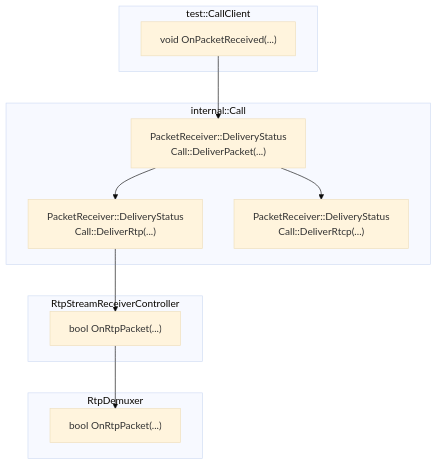
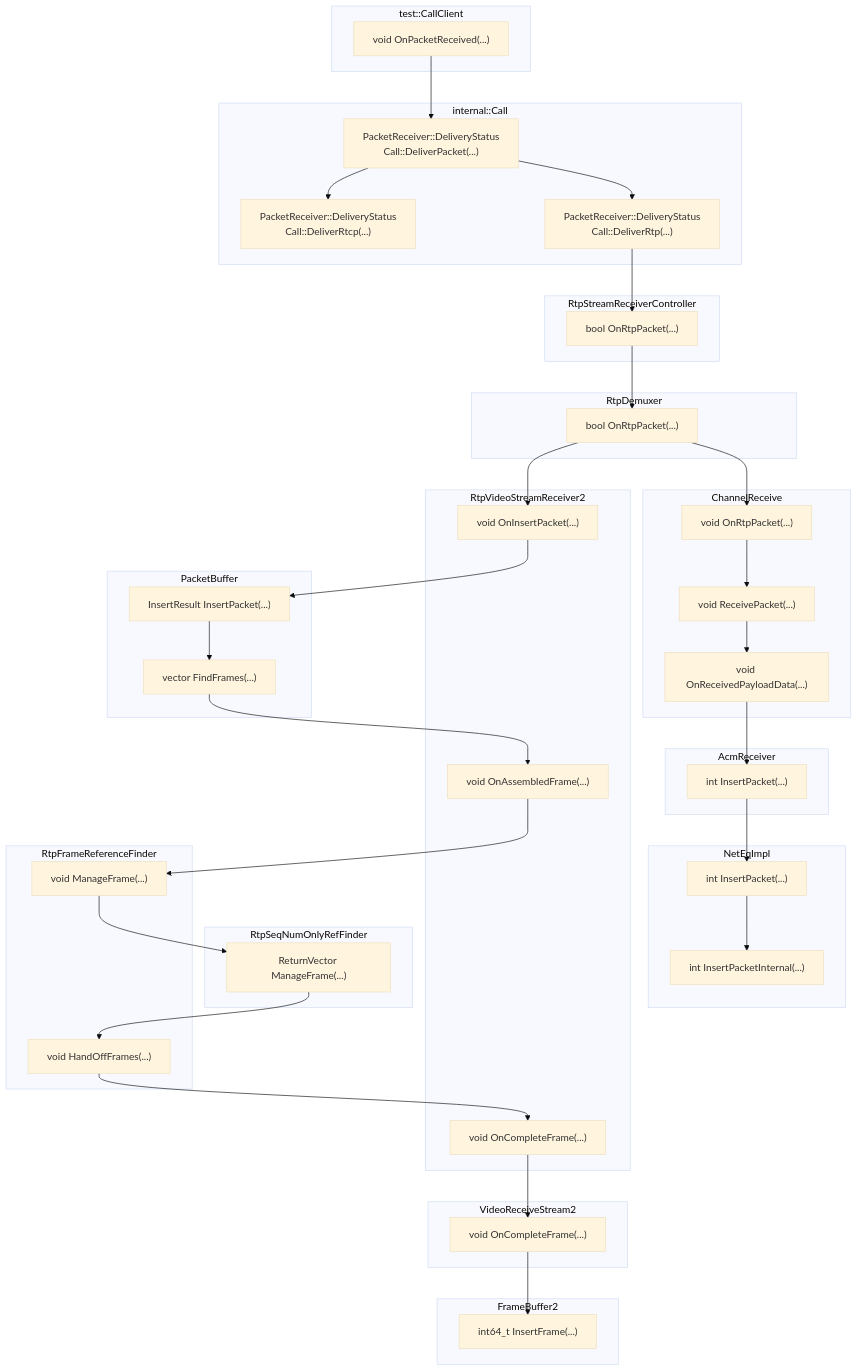
One commit to LeewayTang/ProgNotes changed the diagram in MigrationLog.md. Above: the diagram before and after it, drawn with Mermaid (base theme). The commit also changed other lines of this file, not shown here.

Commit message:
完善了流程图

````diff
--- a/MigrationLog.md
+++ b/MigrationLog.md
@@ -76,24 +78,72 @@
 ```mermaid
 graph TB;
     subgraph test::CallClient;
         A["void OnPacketReceived(...)"];
     end;
     subgraph internal::Call;
         B["PacketReceiver::DeliveryStatus<br>Call::DeliverPacket(...)"];
         C["PacketReceiver::DeliveryStatus<br>Call::DeliverRtp(...)"];
         D["PacketReceiver::DeliveryStatus<br>Call::DeliverRtcp(...)"];
     end;
     subgraph RtpStreamReceiverController;
         E["bool OnRtpPacket(...)"];
     end;
     subgraph RtpDemuxer;
         F["bool OnRtpPacket(...)"];
     end;
+    subgraph ChannelReceive;
+        G["void OnRtpPacket(...)"];
+        H["void ReceivePacket(...)"];
+        I["void OnReceivedPayloadData(...)"];
+    end;
+    subgraph AcmReceiver;
+        J["int InsertPacket(...)"];
+    end;
+    subgraph NetEqImpl;
+        K["int InsertPacket(...)"];
+        L["int InsertPacketInternal(...)"];
+    end;
+
+    subgraph RtpVideoStreamReceiver2;
+        A1["void OnInsertPacket(...)"];
+        B1["void OnAssembledFrame(...)"];
+        I1["void OnCompleteFrame(...)"];
+    end;
+    subgraph PacketBuffer;
+        C1["InsertResult InsertPacket(...)"];
+        D1["vector FindFrames(...)"];
+    end;
+    subgraph RtpSeqNumOnlyRefFinder;
+        E1["ReturnVector ManageFrame(...)"];
+    end;
+    subgraph RtpFrameReferenceFinder;
+        F1["void ManageFrame(...)"];
+        G1["void HandOffFrames(...)"];
+    end;
+    subgraph VideoReceiveStream2;
+        J1["void OnCompleteFrame(...)"];
+    end;
+    subgraph FrameBuffer2;
+        K1["int64_t InsertFrame(...)"];
+    end;
+
 
     A-->B;
     B-->C;
     B-->D;
     C-->E;
     E-->F;
-
+    F-->G;
+    G-->H;H-->I;
+    I-->J;J-->K;K-->L;
+    F-->A1;
+    A1-->C1;
+    C1-->D1;
+    D1-->B1;
+    B1-->F1;
+    F1-->E1;
+    E1-->G1;
+    G1-->I1;
+    I1-->J1;
+    J1-->K1;
 ```
````
